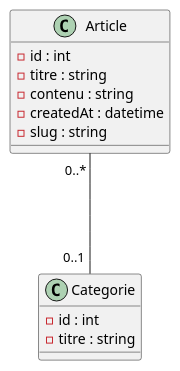
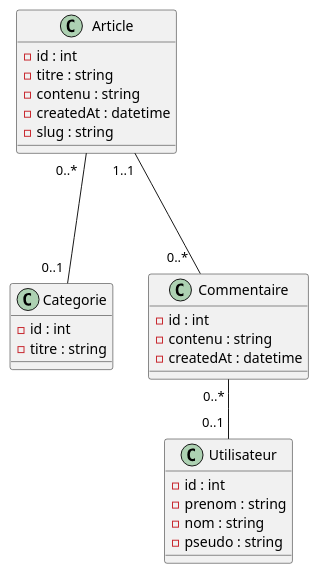
One commit to KilianBeaumont/symfony_blog changed the diagram in Documentation/Diagramme de classe.puml. Above: the diagram before and after it, drawn with PlantUML. The commit also changed 6 other files, not shown here.

Commit message:
tp 1 2 et 3 du pdf symfony 4 diagramme de classe utilisateur + commentaire

```diff
--- a/Documentation/Diagramme de classe.puml
+++ b/Documentation/Diagramme de classe.puml
@@ -1,20 +1,34 @@
 @startuml
 'https://plantuml.com/class-diagram
 
 
 class Article {
 -id : int
 -titre : string
 -contenu : string
 -createdAt : datetime
 -slug : string
 }
 
 class Categorie {
 -id : int
 -titre : string
 }
 
-Article  "0..* " ---  "0..1 " Categorie
+class Commentaire {
+-id : int
+-contenu : string
+-createdAt : datetime
+}
 
+class Utilisateur {
+-id : int
+-prenom : string
+-nom : string
+-pseudo : string
+}
+
+Article  "0..*  " ---  "0..1 " Categorie
+Commentaire  "0..* " -- "0..1 " Utilisateur
+Article "1..1 " --- "0..*  " Commentaire
 @enduml
```
